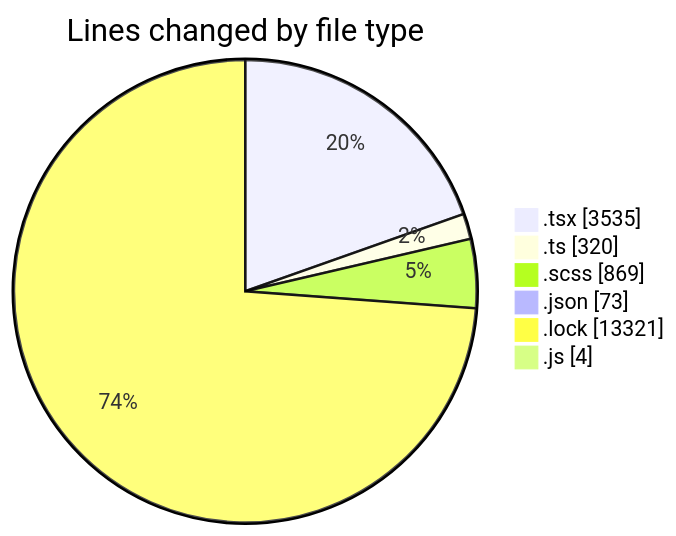
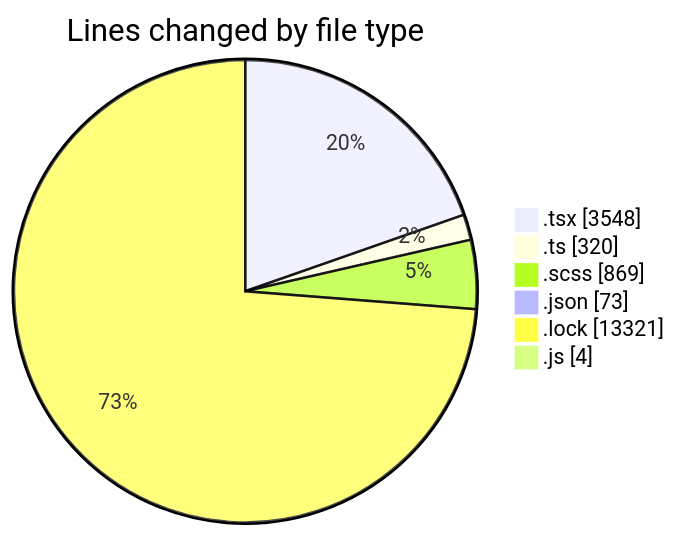
One commit to momahboobian/code-tracking changed the first of 2 diagrams in 2025-02-12/cda/README.md. Above: the diagram before and after it, drawn with Mermaid. The commit also changed other lines of this file and 1 other file, not shown here.

````diff
--- a/2025-02-12/cda/README.md
+++ b/2025-02-12/cda/README.md
@@ -41,10 +41,10 @@
 ```mermaid
 pie showData
 title Lines changed by file type
-".tsx" : 3535
+".tsx" : 3548
 ".ts" : 320
 ".scss" : 869
 ".json" : 73
 ".lock" : 13321
 ".js" : 4
 ```
````
